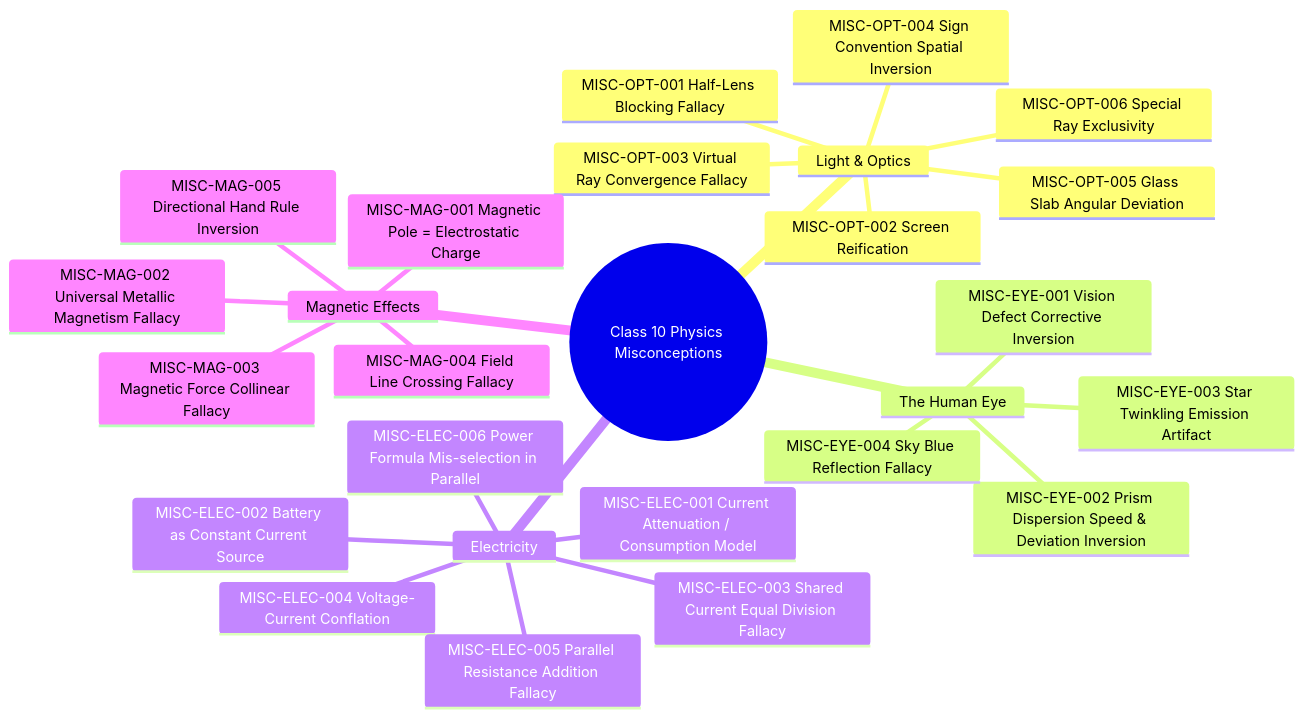
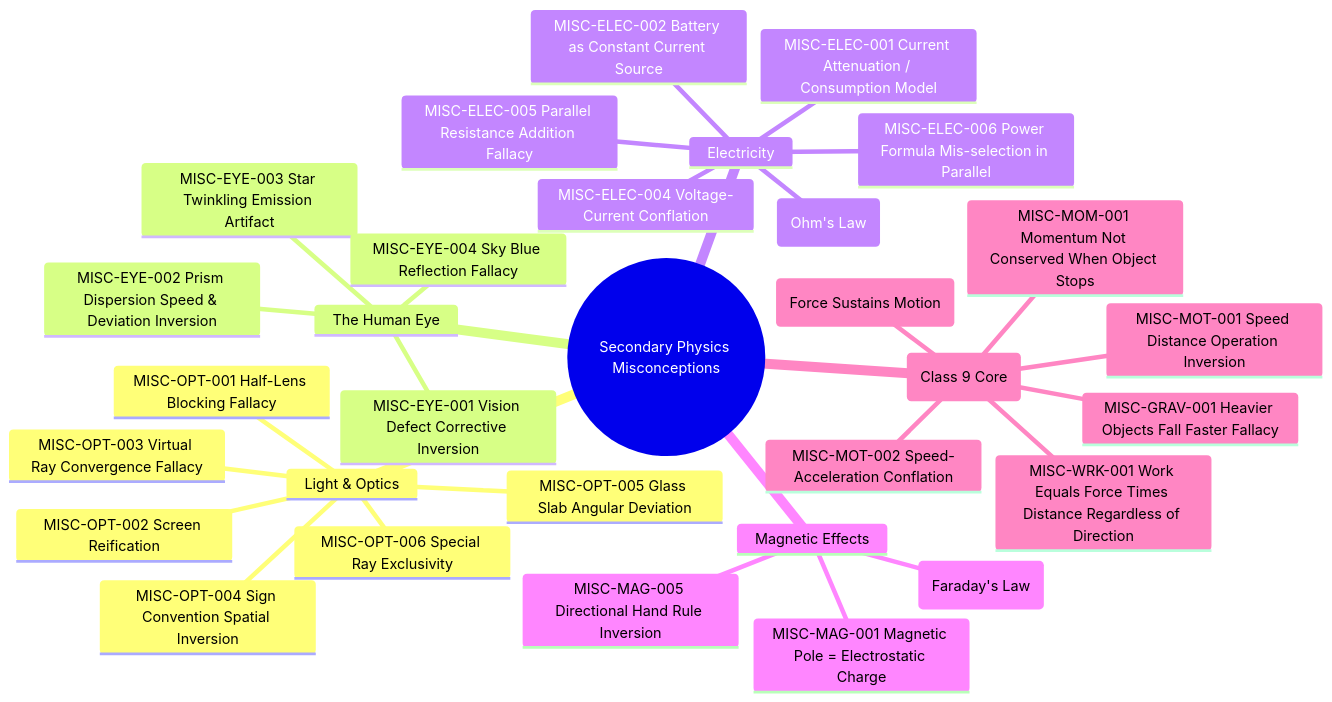
The diagram in dataset/README.md (NISHANTTMAURYA/relearn), drawn with Mermaid before and after one commit. The commit also changed other lines of this file and 40 other files, not shown here.

````diff
--- a/dataset/README.md
+++ b/dataset/README.md
@@ -184,29 +229,34 @@
 ```mermaid
 mindmap
-  root((Class 10 Physics Misconceptions))
+  root((Secondary Physics Misconceptions))
     Light & Optics
       MISC-OPT-001 Half-Lens Blocking Fallacy
       MISC-OPT-002 Screen Reification
       MISC-OPT-003 Virtual Ray Convergence Fallacy
       MISC-OPT-004 Sign Convention Spatial Inversion
       MISC-OPT-005 Glass Slab Angular Deviation
       MISC-OPT-006 Special Ray Exclusivity
     The Human Eye
       MISC-EYE-001 Vision Defect Corrective Inversion
       MISC-EYE-002 Prism Dispersion Speed & Deviation Inversion
       MISC-EYE-003 Star Twinkling Emission Artifact
       MISC-EYE-004 Sky Blue Reflection Fallacy
     Electricity
       MISC-ELEC-001 Current Attenuation / Consumption Model
       MISC-ELEC-002 Battery as Constant Current Source
-      MISC-ELEC-003 Shared Current Equal Division Fallacy
+      MISC-ELEC-003 Resistance Reduces Current Independent of Voltage (Ohm's Law)
       MISC-ELEC-004 Voltage-Current Conflation
       MISC-ELEC-005 Parallel Resistance Addition Fallacy
       MISC-ELEC-006 Power Formula Mis-selection in Parallel
     Magnetic Effects
       MISC-MAG-001 Magnetic Pole = Electrostatic Charge
-      MISC-MAG-002 Universal Metallic Magnetism Fallacy
-      MISC-MAG-003 Magnetic Force Collinear Fallacy
-      MISC-MAG-004 Field Line Crossing Fallacy
       MISC-MAG-005 Directional Hand Rule Inversion
+      MISC-MAG-006 Static Field Induces Constant EMF Fallacy (Faraday's Law)
+    Mechanics (Class 9 Core)
+      MISC-MOT-001 Speed Distance Operation Inversion
+      MISC-MOT-002 Speed-Acceleration Conflation
+      MISC-FOR-001 Impetus Theory (Force Sustains Motion)
+      MISC-GRAV-001 Heavier Objects Fall Faster Fallacy
+      MISC-WRK-001 Work Equals Force Times Distance Regardless of Direction
+      MISC-MOM-001 Momentum Not Conserved When Object Stops
 ```
````
